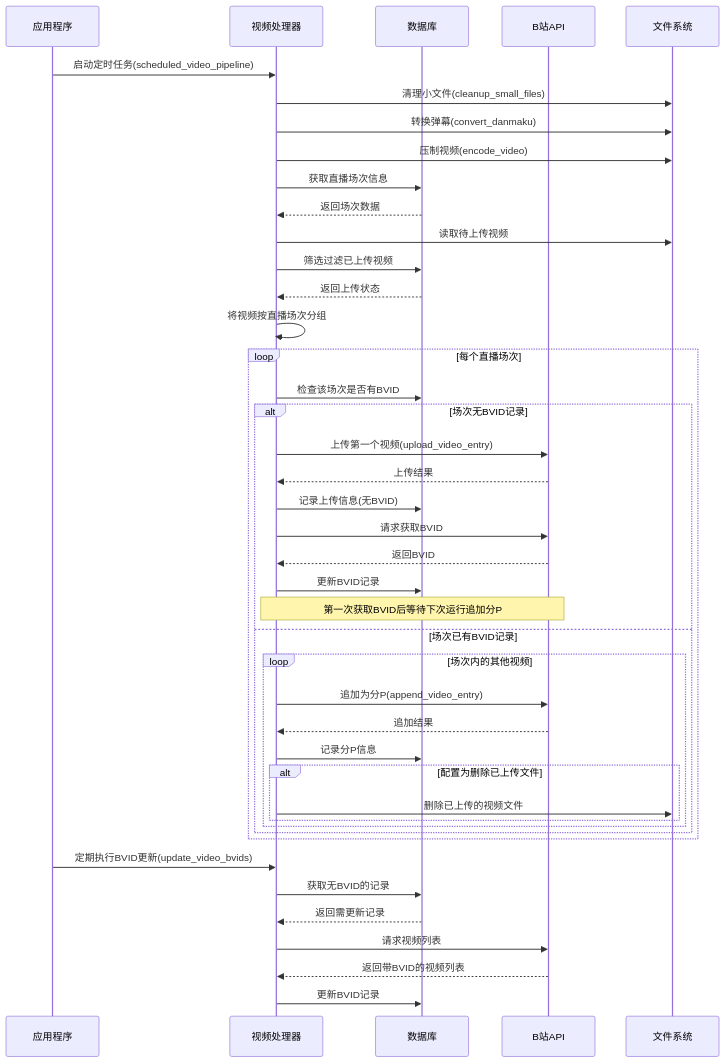
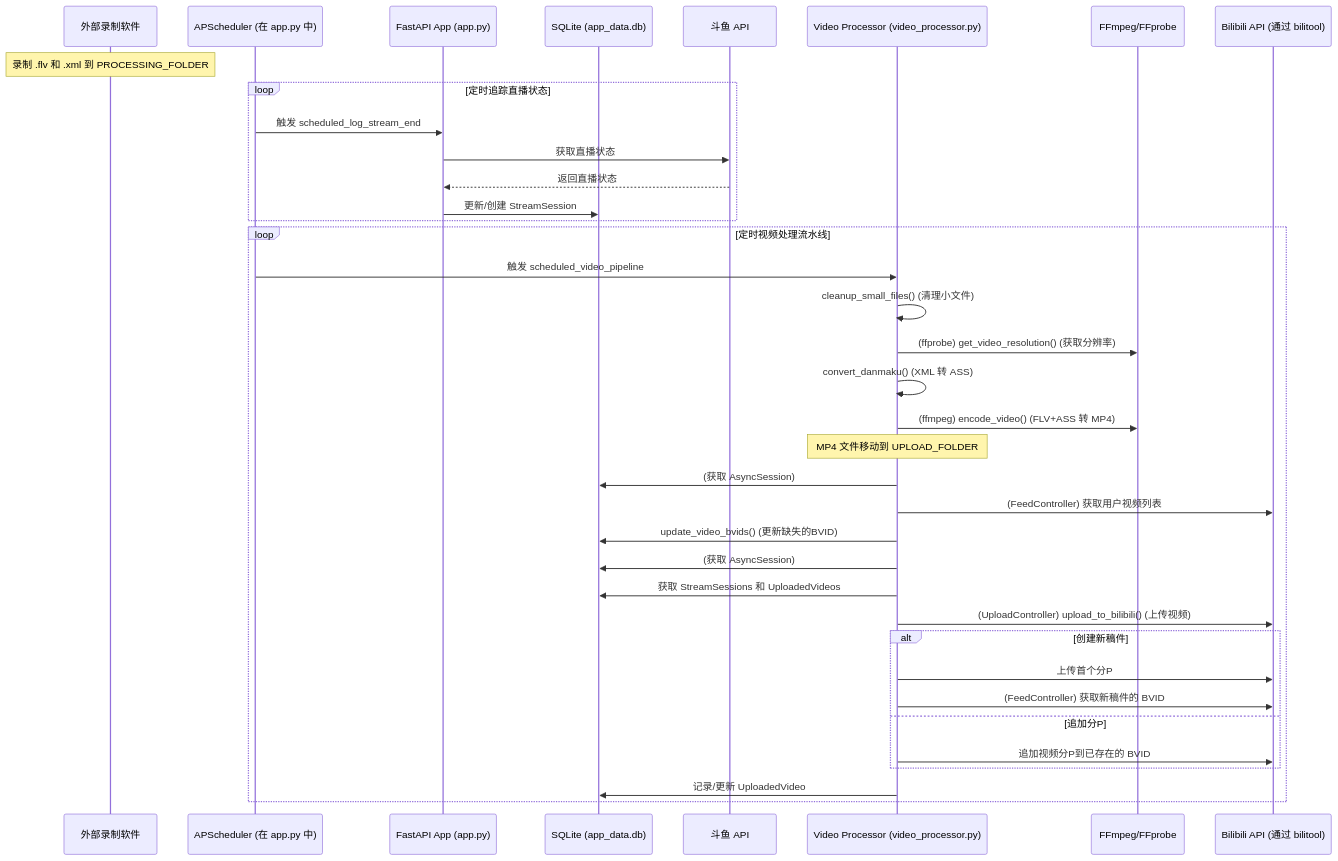
The diagram in README.md (SimonGino/video_processor), drawn with Mermaid before and after one commit. The commit also changed other lines of this file, not shown here.

````diff
--- a/README.md
+++ b/README.md
@@ -52,59 +63,44 @@
 ```mermaid
 sequenceDiagram
-    participant App as 应用程序
-    participant VP as 视频处理器
-    participant DB as 数据库
-    participant BL as B站API
-    participant FS as 文件系统
-    
-    App->>VP: 启动定时任务(scheduled_video_pipeline)
-    
-    VP->>FS: 清理小文件(cleanup_small_files)
-    VP->>FS: 转换弹幕(convert_danmaku)
-    VP->>FS: 压制视频(encode_video)
-    
-    VP->>DB: 获取直播场次信息
-    DB-->>VP: 返回场次数据
-    
-    VP->>FS: 读取待上传视频
-    VP->>DB: 筛选过滤已上传视频
-    DB-->>VP: 返回上传状态
-    
-    VP->>VP: 将视频按直播场次分组
-    
-    loop 每个直播场次
-        VP->>DB: 检查该场次是否有BVID
-        
-        alt 场次无BVID记录
-            VP->>BL: 上传第一个视频(upload_video_entry)
-            BL-->>VP: 上传结果
-            
-            VP->>DB: 记录上传信息(无BVID)
-            
-            VP->>BL: 请求获取BVID
-            BL-->>VP: 返回BVID
-            
-            VP->>DB: 更新BVID记录
-            
-            Note over VP,BL: 第一次获取BVID后等待下次运行追加分P
-        else 场次已有BVID记录
-            loop 场次内的其他视频
-                VP->>BL: 追加为分P(append_video_entry)
-                BL-->>VP: 追加结果
-                
-                VP->>DB: 记录分P信息
-                
-                alt 配置为删除已上传文件
-                    VP->>FS: 删除已上传的视频文件
-                end
-            end
+    participant 用户/录制软件 as 外部录制软件
+    participant 定时器 as APScheduler (在 app.py 中)
+    participant 应用后端 as FastAPI App (app.py)
+    participant 数据库 as SQLite (app_data.db)
+    participant 斗鱼API as 斗鱼 API
+    participant 视频处理器 as Video Processor (video_processor.py)
+    participant FF工具集 as FFmpeg/FFprobe
+    participant B站API as Bilibili API (通过 bilitool)
+
+    Note over 用户/录制软件: 录制 .flv 和 .xml 到 PROCESSING_FOLDER
+
+    loop 定时追踪直播状态
+        定时器->>应用后端: 触发 scheduled_log_stream_end
+        应用后端->>斗鱼API: 获取直播状态
+        斗鱼API-->>应用后端: 返回直播状态
+        应用后端->>数据库: 更新/创建 StreamSession
+    end
+
+    loop 定时视频处理流水线
+        定时器->>视频处理器: 触发 scheduled_video_pipeline
+        视频处理器->>视频处理器: cleanup_small_files() (清理小文件)
+        视频处理器->>FF工具集: (ffprobe) get_video_resolution() (获取分辨率)
+        视频处理器->>视频处理器: convert_danmaku() (XML 转 ASS)
+        视频处理器->>FF工具集: (ffmpeg) encode_video() (FLV+ASS 转 MP4)
+        Note over 视频处理器: MP4 文件移动到 UPLOAD_FOLDER
+
+        视频处理器->>数据库: (获取 AsyncSession)
+        视频处理器->>B站API: (FeedController) 获取用户视频列表
+        视频处理器->>数据库: update_video_bvids() (更新缺失的BVID)
+
+        视频处理器->>数据库: (获取 AsyncSession)
+        视频处理器->>数据库: 获取 StreamSessions 和 UploadedVideos
+        视频处理器->>B站API: (UploadController) upload_to_bilibili() (上传视频)
+        alt 创建新稿件
+            视频处理器->>B站API: 上传首个分P
+            视频处理器->>B站API: (FeedController) 获取新稿件的 BVID
+        else 追加分P
+            视频处理器->>B站API: 追加视频分P到已存在的 BVID
         end
+        视频处理器->>数据库: 记录/更新 UploadedVideo
     end
-    
-    App->>VP: 定期执行BVID更新(update_video_bvids)
-    VP->>DB: 获取无BVID的记录
-    DB-->>VP: 返回需更新记录
-    VP->>BL: 请求视频列表
-    BL-->>VP: 返回带BVID的视频列表
-    VP->>DB: 更新BVID记录
 ```
````
